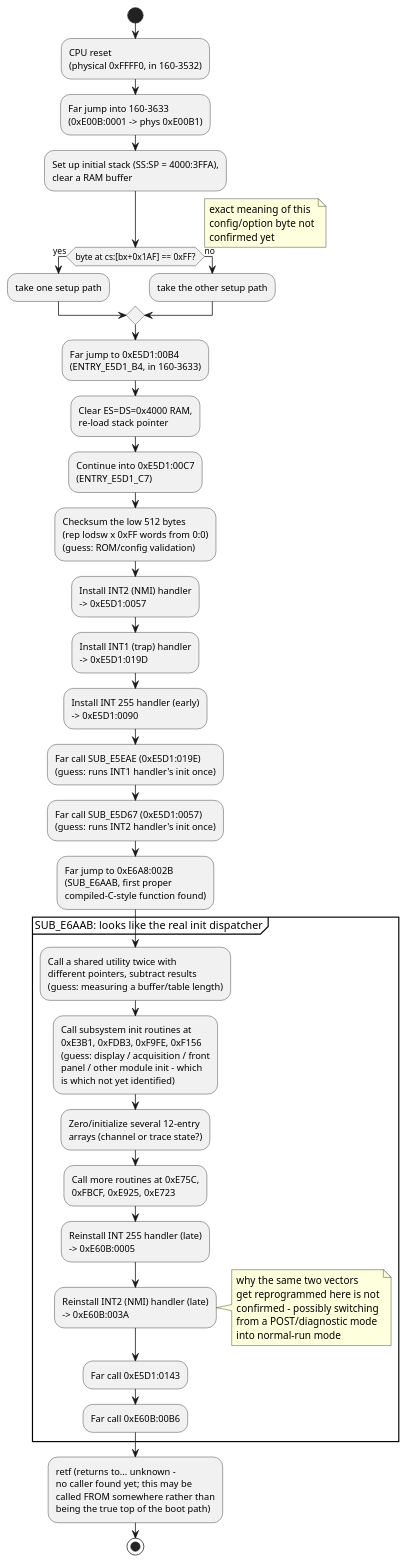
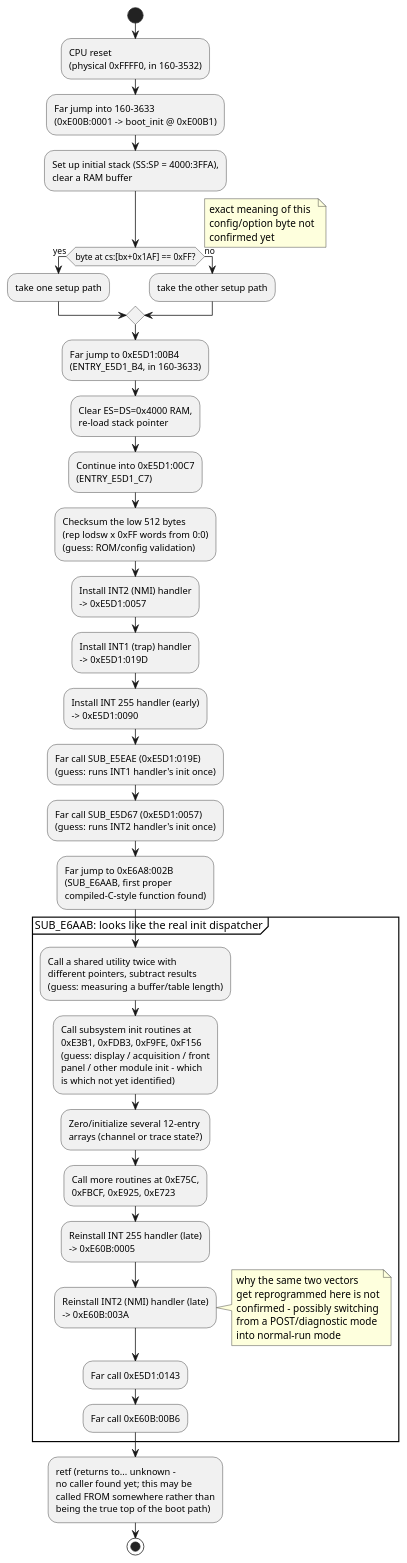
One commit to Mwwhited-BookLearning/tektronix-2230 changed the first of 4 diagrams in JUMP_MAP.md. Above: the diagram before and after it, drawn with PlantUML. The commit also changed other lines of this file and 13 other files, not shown here.

````diff
--- a/JUMP_MAP.md
+++ b/JUMP_MAP.md
@@ -17,45 +17,45 @@
 ```plantuml
 @startuml
 start
 
 :CPU reset\n(physical 0xFFFF0, in 160-3532);
-:Far jump into 160-3633\n(0xE00B:0001 -> phys 0xE00B1);
+:Far jump into 160-3633\n(0xE00B:0001 -> boot_init @ 0xE00B1);
 :Set up initial stack (SS:SP = 4000:3FFA),\nclear a RAM buffer;
 
 if (byte at cs:[bx+0x1AF] == 0xFF?) then (yes)
   :take one setup path;
 else (no)
   :take the other setup path;
 endif
 note right: exact meaning of this\nconfig/option byte not\nconfirmed yet
 
 :Far jump to 0xE5D1:00B4\n(ENTRY_E5D1_B4, in 160-3633);
 :Clear ES=DS=0x4000 RAM,\nre-load stack pointer;
 
 :Continue into 0xE5D1:00C7\n(ENTRY_E5D1_C7);
 :Checksum the low 512 bytes\n(rep lodsw x 0xFF words from 0:0)\n(guess: ROM/config validation);
 :Install INT2 (NMI) handler\n-> 0xE5D1:0057;
 :Install INT1 (trap) handler\n-> 0xE5D1:019D;
 :Install INT 255 handler (early)\n-> 0xE5D1:0090;
 
 :Far call SUB_E5EAE (0xE5D1:019E)\n(guess: runs INT1 handler's init once);
 :Far call SUB_E5D67 (0xE5D1:0057)\n(guess: runs INT2 handler's init once);
 
 :Far jump to 0xE6A8:002B\n(SUB_E6AAB, first proper\ncompiled-C-style function found);
 
 partition "SUB_E6AAB: looks like the real init dispatcher" {
   :Call a shared utility twice with\ndifferent pointers, subtract results\n(guess: measuring a buffer/table length);
   :Call subsystem init routines at\n0xE3B1, 0xFDB3, 0xF9FE, 0xF156\n(guess: display / acquisition / front\npanel / other module init - which\nis which not yet identified);
   :Zero/initialize several 12-entry\narrays (channel or trace state?);
   :Call more routines at 0xE75C,\n0xFBCF, 0xE925, 0xE723;
   :Reinstall INT 255 handler (late)\n-> 0xE60B:0005;
   :Reinstall INT2 (NMI) handler (late)\n-> 0xE60B:003A;
   note right: why the same two vectors\nget reprogrammed here is not\nconfirmed - possibly switching\nfrom a POST/diagnostic mode\ninto normal-run mode
   :Far call 0xE5D1:0143;
   :Far call 0xE60B:00B6;
 }
 :retf (returns to... unknown -\nno caller found yet; this may be\ncalled FROM somewhere rather than\nbeing the true top of the boot path);
 
 stop
 @enduml
 ```
````
